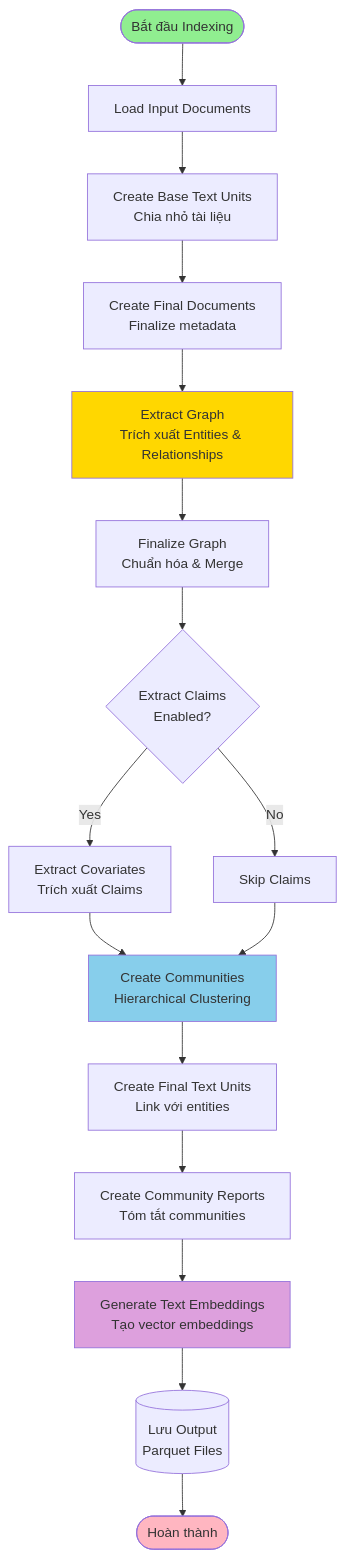
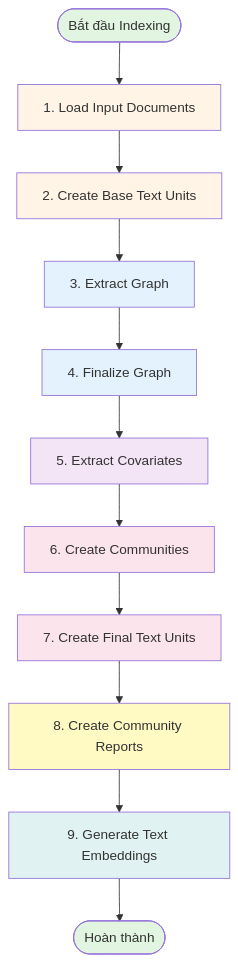
The first of 10 diagrams in docs/tunh/GRAPHRAG_INDEXING_FLOW.md (huytu0702/gtog), drawn with Mermaid before and after one commit. The commit also changed other lines of this file and 1 other file, not shown here.

````diff
--- a/docs/tunh/GRAPHRAG_INDEXING_FLOW.md
+++ b/docs/tunh/GRAPHRAG_INDEXING_FLOW.md
@@ -16,36 +18,30 @@
 ```mermaid
-flowchart TB
-    Start([Bắt đầu Indexing]) --> LoadDocs[Load Input Documents]
+graph TB
+    Start([Bắt đầu Indexing]) --> LoadDocs[1. Load Input Documents]
     
-    LoadDocs --> ChunkText[Create Base Text Units<br/>Chia nhỏ tài liệu]
+    LoadDocs --> ChunkText[2. Create Base Text Units]
+    ChunkText --> ExtractGraph[3. Extract Graph]
     
-    ChunkText --> CreateFinalDocs[Create Final Documents<br/>Finalize metadata]
+    ExtractGraph --> FinalizeGraph[4. Finalize Graph]
+    FinalizeGraph --> ExtractCov[5. Extract Covariates]
     
-    CreateFinalDocs --> ExtractGraph[Extract Graph<br/>Trích xuất Entities & Relationships]
+    ExtractCov --> CreateComm[6. Create Communities]
+    CreateComm --> FinalTextUnits[7. Create Final Text Units]
     
-    ExtractGraph --> FinalizeGraph[Finalize Graph<br/>Chuẩn hóa & Merge]
+    FinalTextUnits --> CreateReports[8. Create Community Reports]
+    CreateReports --> GenEmbeddings[9. Generate Text Embeddings]
     
-    FinalizeGraph --> ExtractCov{Extract Claims<br/>Enabled?}
+    GenEmbeddings --> End([Hoàn thành])
     
-    ExtractCov -->|Yes| ExtractClaims[Extract Covariates<br/>Trích xuất Claims]
-    ExtractCov -->|No| SkipClaims[Skip Claims]
-    
-    ExtractClaims --> CreateComm[Create Communities<br/>Hierarchical Clustering]
-    SkipClaims --> CreateComm
-    
-    CreateComm --> CreateTextUnits[Create Final Text Units<br/>Link với entities]
-    
-    CreateTextUnits --> CreateReports[Create Community Reports<br/>Tóm tắt communities]
-    
-    CreateReports --> GenEmbed[Generate Text Embeddings<br/>Tạo vector embeddings]
-    
-    GenEmbed --> SaveOutput[(Lưu Output<br/>Parquet Files)]
-    
-    SaveOutput --> End([Hoàn thành])
-    
-    style Start fill:#90EE90
-    style End fill:#FFB6C1
-    style ExtractGraph fill:#FFD700
-    style CreateComm fill:#87CEEB
-    style GenEmbed fill:#DDA0DD
+    style Start fill:#e1f5e1
+    style End fill:#e1f5e1
+    style LoadDocs fill:#fff4e6
+    style ChunkText fill:#fff4e6
+    style ExtractGraph fill:#e3f2fd
+    style FinalizeGraph fill:#e3f2fd
+    style ExtractCov fill:#f3e5f5
+    style CreateComm fill:#fce4ec
+    style FinalTextUnits fill:#fce4ec
+    style CreateReports fill:#fff9c4
+    style GenEmbeddings fill:#e0f2f1
 ```
````
